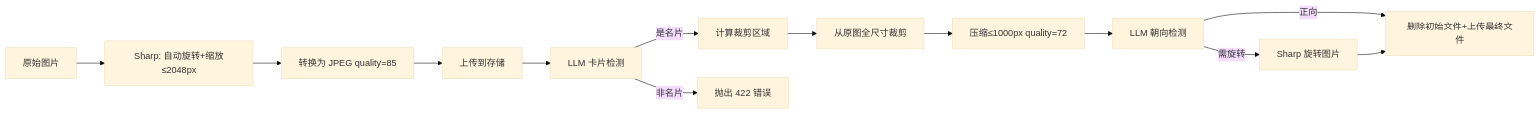
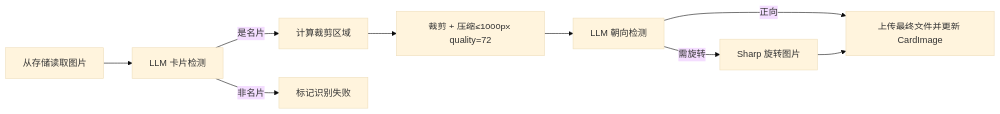
The fourth of 4 diagrams in Documents/storage/storage.md (addicted0010/namecardfolder), drawn with Mermaid (base theme) before and after one commit. The commit also changed other lines of this file and 24 other files, not shown here.

````diff
--- a/Documents/storage/storage.md
+++ b/Documents/storage/storage.md
@@ -157,15 +167,11 @@
 ```mermaid
 graph LR
-    A[原始图片] --> B[Sharp: 自动旋转+缩放≤2048px]
-    B --> C[转换为 JPEG quality=85]
-    C --> D[上传到存储]
-    D --> E[LLM 卡片检测]
-    E -->|是名片| F[计算裁剪区域]
-    E -->|非名片| G[抛出 422 错误]
-    F --> H[从原图全尺寸裁剪]
-    H --> I[压缩≤1000px quality=72]
-    I --> J[LLM 朝向检测]
-    J -->|需旋转| K[Sharp 旋转图片]
-    J -->|正向| L[删除初始文件+上传最终文件]
-    K --> L
+    A[从存储读取图片] --> B[LLM 卡片检测]
+    B -->|是名片| C[计算裁剪区域]
+    B -->|非名片| D[标记识别失败]
+    C --> E[裁剪 + 压缩≤1000px quality=72]
+    E --> F[LLM 朝向检测]
+    F -->|需旋转| G[Sharp 旋转图片]
+    F -->|正向| H[上传最终文件并更新 CardImage]
+    G --> H
 ```
````
